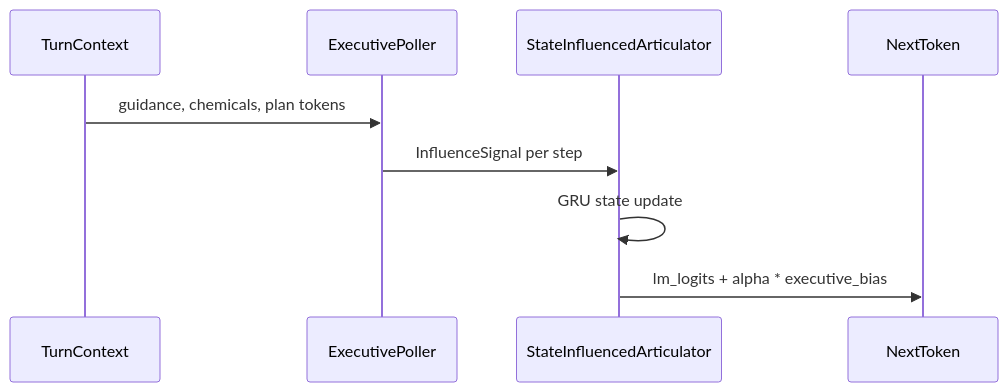
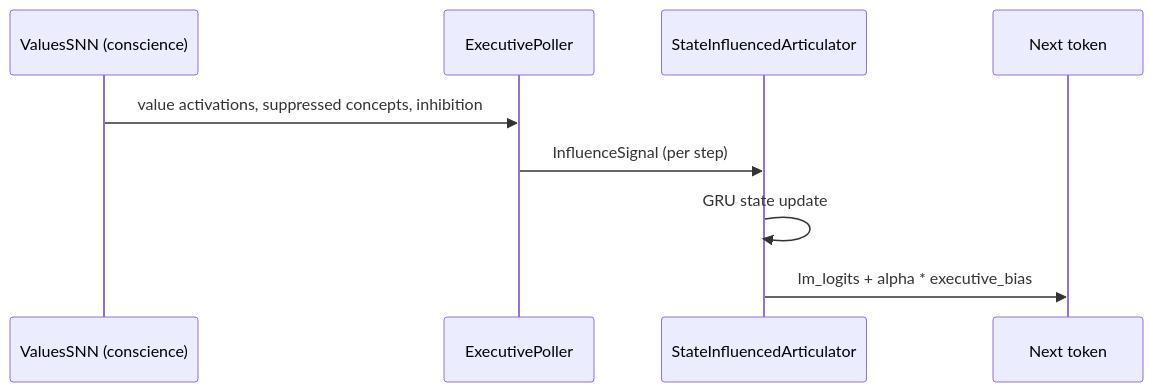
The diagram in docs/STEERING.md (kmfarris/inference-time-conscience), drawn with Mermaid before and after one commit. The commit also changed other lines of this file and 390 other files, not shown here.

Commit message:
Refocus on SNN conscience alignment; add ValuesSNN; drop unused mesh corpus.

````diff
--- a/docs/STEERING.md
+++ b/docs/STEERING.md
@@ -9,12 +7,12 @@
 ```mermaid
 sequenceDiagram
-  participant Turn as TurnContext
+  participant SNN as ValuesSNN (conscience)
   participant Poll as ExecutivePoller
   participant LM as StateInfluencedArticulator
-  participant Out as NextToken
+  participant Out as Next token
 
-  Turn->>Poll: guidance, chemicals, plan tokens
-  Poll->>LM: InfluenceSignal per step
+  SNN->>Poll: value activations, suppressed concepts, inhibition
+  Poll->>LM: InfluenceSignal (per step)
   LM->>LM: GRU state update
   LM->>Out: lm_logits + alpha * executive_bias
 ```
````
